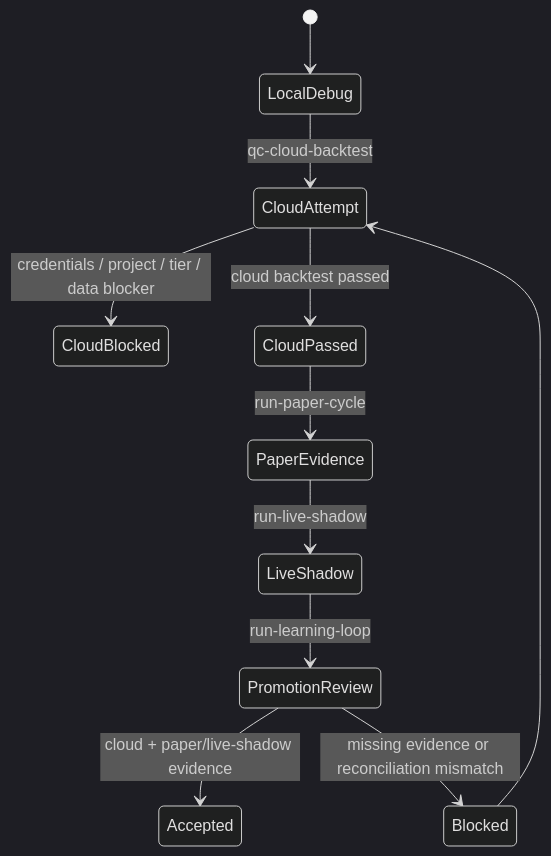
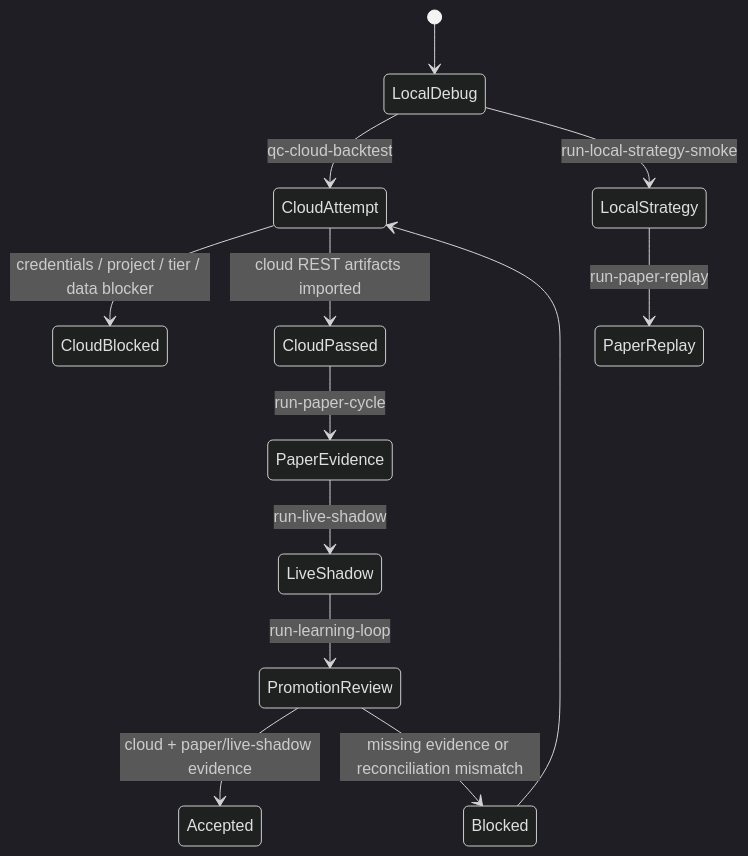
One commit to gigio1023/lincei-quant-research-engine changed the second of 4 diagrams in README.md. Above: the diagram before and after it, drawn with Mermaid (dark theme). The commit also changed other lines of this file and 10 other files, not shown here.

````diff
--- a/README.md
+++ b/README.md
@@ -40,13 +40,15 @@
 ```mermaid
 stateDiagram-v2
     [*] --> LocalDebug
     LocalDebug --> CloudAttempt: qc-cloud-backtest
     CloudAttempt --> CloudBlocked: credentials / project / tier / data blocker
-    CloudAttempt --> CloudPassed: cloud backtest passed
+    CloudAttempt --> CloudPassed: cloud REST artifacts imported
     CloudPassed --> PaperEvidence: run-paper-cycle
+    LocalDebug --> LocalStrategy: run-local-strategy-smoke
+    LocalStrategy --> PaperReplay: run-paper-replay
     PaperEvidence --> LiveShadow: run-live-shadow
     LiveShadow --> PromotionReview: run-learning-loop
     PromotionReview --> Accepted: cloud + paper/live-shadow evidence
     PromotionReview --> Blocked: missing evidence or reconciliation mismatch
     Blocked --> CloudAttempt
 ```
````
